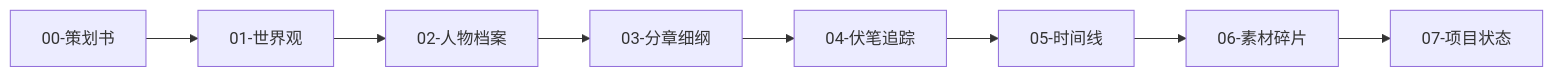
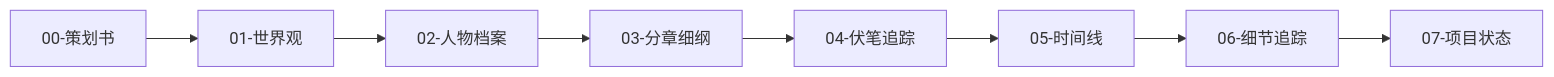
Before and after one commit to MeiSiristhebest/novel: the diagram in .skills/chinese-novelist/references/project-structure.md, drawn with Mermaid. The commit also changed other lines of this file and 3 other files, not shown here.

````diff
--- a/.skills/chinese-novelist/references/project-structure.md
+++ b/.skills/chinese-novelist/references/project-structure.md
@@ -94,10 +95,10 @@
 ```mermaid
 graph LR
     A[00-策划书] --> B[01-世界观]
     B --> C[02-人物档案]
     C --> D[03-分章细纲]
     D --> E[04-伏笔追踪]
     E --> F[05-时间线]
-    F --> G[06-素材碎片]
+    F --> G[06-细节追踪]
     G --> H[07-项目状态]
 ```
````
